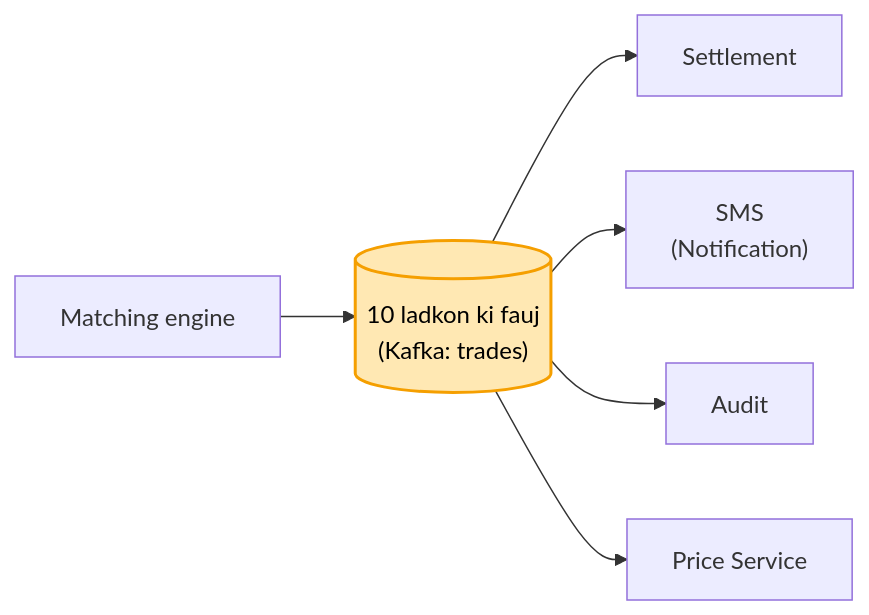
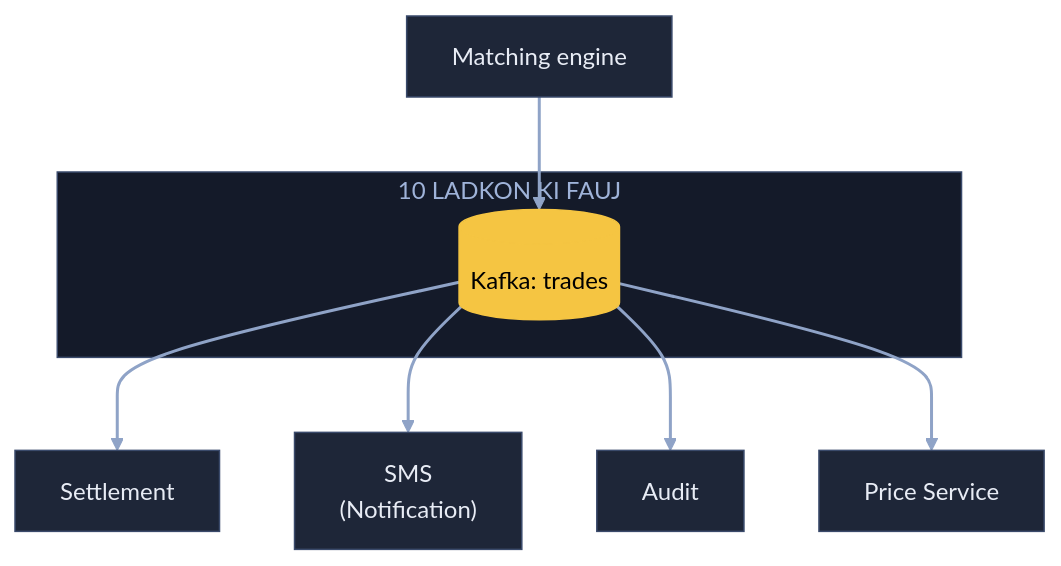
The sixth of 9 diagrams in 04_HLD/SYSTEM_DESIGNS/05_stock_broker_trading/05_stock_broker_trading.md (ArpanMaheshwari144/Prep), drawn with Mermaid before and after one commit. The commit also changed other lines of this file, not shown here.

Commit message:
Stock: 9 diagram YouTube (reel) wale card andaaz me

````diff
--- a/04_HLD/SYSTEM_DESIGNS/05_stock_broker_trading/05_stock_broker_trading.md
+++ b/04_HLD/SYSTEM_DESIGNS/05_stock_broker_trading/05_stock_broker_trading.md
@@ -141,9 +197,22 @@
 ```mermaid
-flowchart LR
-    M["Matching engine"] --> K[("10 ladkon ki fauj<br/>(Kafka: trades)")]
-    K --> S["Settlement"]
-    K --> N["SMS<br/>(Notification)"]
-    K --> A["Audit"]
-    K --> P["Price Service"]
-    style K fill:#ffe8b3,stroke:#f59f00,stroke-width:2px,color:#000
+flowchart TB
+    M["Matching engine"]:::card
+    subgraph FJ["10 LADKON KI FAUJ"]
+        K[("Kafka: trades")]:::pill
+    end
+    S["Settlement"]:::card
+    N["SMS<br/>(Notification)"]:::card
+    A["Audit"]:::card
+    P["Price Service"]:::card
+    M --> K
+    K --> S
+    K --> N
+    K --> A
+    K --> P
+    linkStyle default stroke:#8fa3c7,stroke-width:2px
+    classDef card fill:#1e2638,stroke:#3a4a6b,color:#e8ecf5
+    classDef pill fill:#f5c542,stroke:#f5c542,color:#000
+    classDef good fill:#2e7d4f,stroke:#3fbf6f,color:#fff
+    classDef bad fill:#5c1f24,stroke:#e05561,color:#fff
+    style FJ fill:#141a29,stroke:#3a4a6b,color:#9fb3d9
 ```
````
